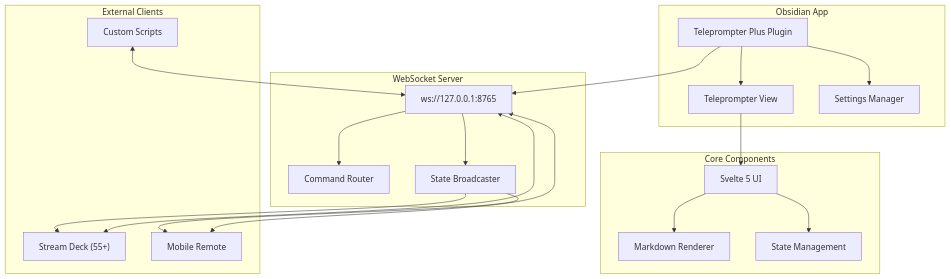
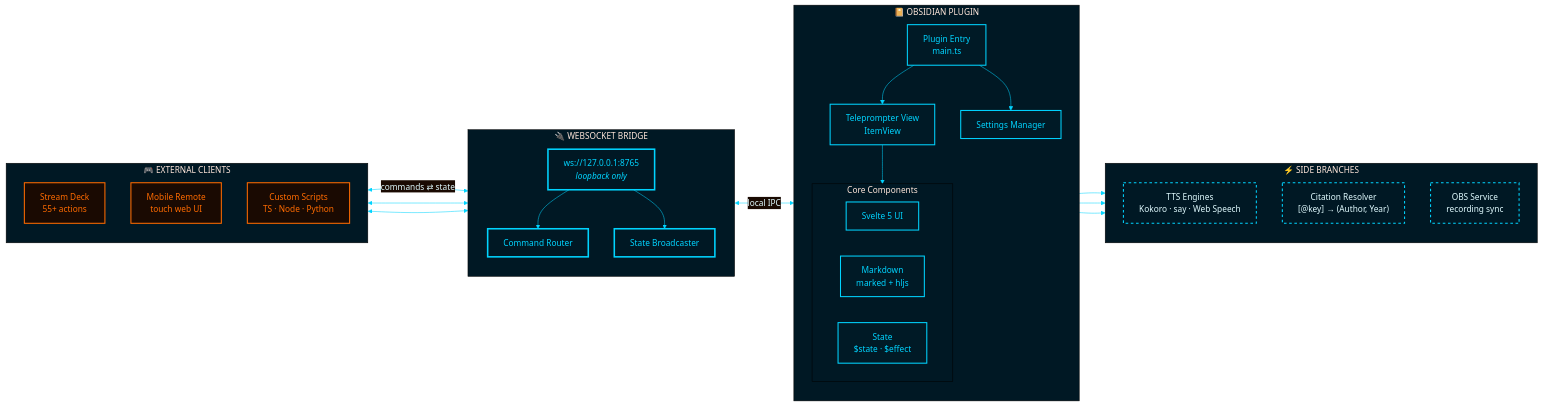
Before and after one commit to JuracyAmerico/obsidian-teleprompter-plus: the diagram in README.md, drawn with Mermaid. The commit also changed other lines of this file and 3 other files, not shown here.

First line of the commit message:
docs: Tron-themed T+ logo, Excalidraw architecture, restyled Mermaid

````diff
--- a/README.md
+++ b/README.md
@@ -196,40 +196,70 @@
 ```mermaid
-flowchart TB
-    subgraph Obsidian["Obsidian App"]
-        Plugin["Teleprompter Plus Plugin"]
-        View["Teleprompter View"]
-        Settings["Settings Manager"]
-        Plugin --> View
-        Plugin --> Settings
+%%{init: {'theme':'base', 'themeVariables': {
+  'background':'#0a0a0a',
+  'primaryColor':'#001a26',
+  'primaryTextColor':'#e0fbff',
+  'primaryBorderColor':'#00d4ff',
+  'secondaryColor':'#1a0a02',
+  'tertiaryColor':'#001824',
+  'lineColor':'#00d4ff',
+  'fontFamily':'Inter, sans-serif'
+}}}%%
+flowchart LR
+    subgraph Clients["🎮 EXTERNAL CLIENTS"]
+        direction TB
+        StreamDeck["Stream Deck<br/>55+ actions"]
+        Mobile["Mobile Remote<br/>touch web UI"]
+        Custom["Custom Scripts<br/>TS · Node · Python"]
     end
 
-    subgraph Core["Core Components"]
-        Svelte["Svelte 5 UI"]
-        Markdown["Markdown Renderer"]
-        State["State Management"]
-        View --> Svelte
-        Svelte --> Markdown
-        Svelte --> State
-    end
-
-    subgraph Server["WebSocket Server"]
-        WS["ws://127.0.0.1:8765"]
+    subgraph Bridge["🔌 WEBSOCKET BRIDGE"]
+        direction TB
+        WS["ws://127.0.0.1:8765<br/><i>loopback only</i>"]
         Commands["Command Router"]
         Broadcast["State Broadcaster"]
         WS --> Commands
         WS --> Broadcast
     end
 
-    subgraph Clients["External Clients"]
-        StreamDeck["Stream Deck (55+)"]
-        Mobile["Mobile Remote"]
-        Custom["Custom Scripts"]
+    subgraph Obsidian["📔 OBSIDIAN PLUGIN"]
+        direction TB
+        Plugin["Plugin Entry<br/>main.ts"]
+        View["Teleprompter View<br/>ItemView"]
+        Settings["Settings Manager"]
+        Plugin --> View
+        Plugin --> Settings
+
+        subgraph Core["Core Components"]
+            direction LR
+            Svelte["Svelte 5 UI"]
+            Markdown["Markdown<br/>marked + hljs"]
+            State["State<br/>$state · $effect"]
+        end
+        View --> Core
     end
 
-    Plugin --> WS
-    StreamDeck <--> WS
+    subgraph Branches["⚡ SIDE BRANCHES"]
+        direction TB
+        TTS["TTS Engines<br/>Kokoro · say · Web Speech"]
+        Cite["Citation Resolver<br/>[@key] → (Author, Year)"]
+        OBS["OBS Service<br/>recording sync"]
+    end
+
+    StreamDeck <-->|"commands ⇄ state"| WS
     Mobile <--> WS
     Custom <--> WS
-    Broadcast --> StreamDeck
-    Broadcast --> Mobile
+    Bridge <-->|"local IPC"| Plugin
+    View --> TTS
+    View --> Cite
+    Plugin --> OBS
+
+    classDef client fill:#1a0a02,stroke:#FF6B00,stroke-width:2px,color:#FF6B00
+    classDef bridge fill:#001824,stroke:#00d4ff,stroke-width:3px,color:#00d4ff
+    classDef obs fill:#001a26,stroke:#00d4ff,stroke-width:2px,color:#00d4ff
+    classDef branch fill:#001824,stroke:#00d4ff,stroke-width:2px,stroke-dasharray: 5 5,color:#e0fbff
+
+    class StreamDeck,Mobile,Custom client
+    class WS,Commands,Broadcast bridge
+    class Plugin,View,Settings,Svelte,Markdown,State obs
+    class TTS,Cite,OBS branch
 ```
````
